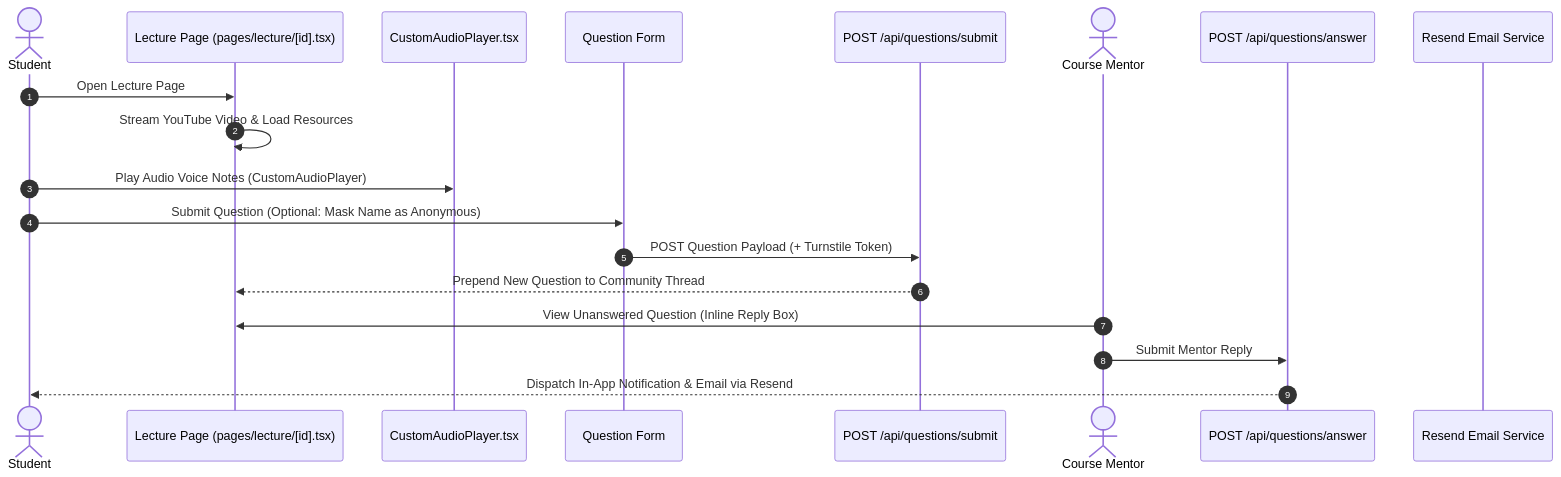
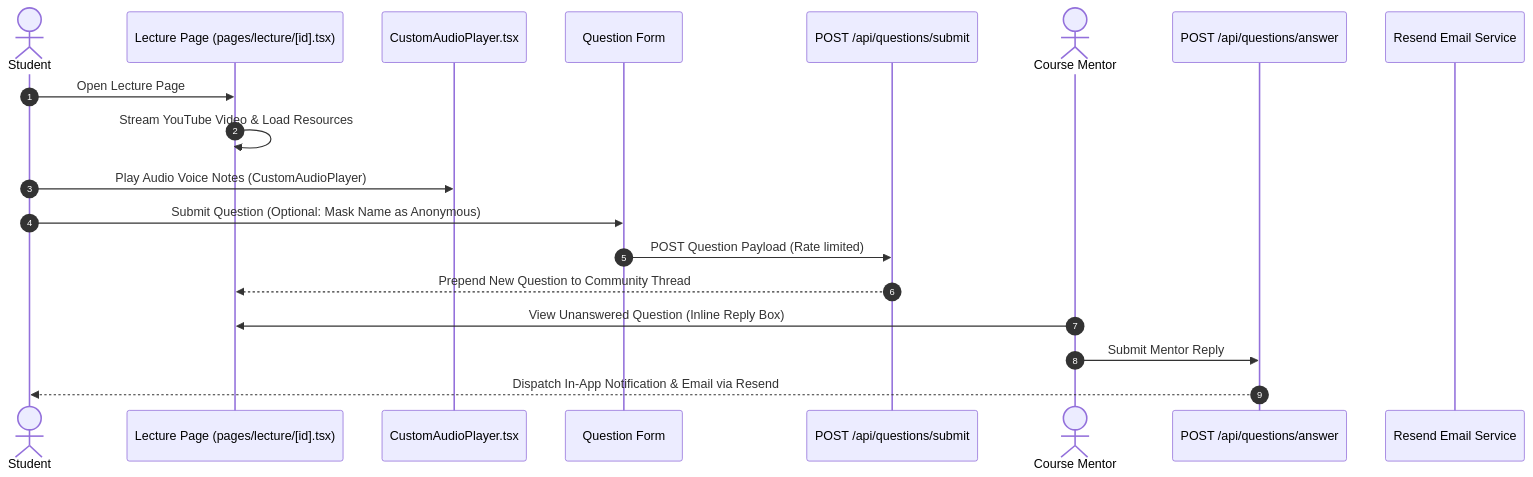
One commit to zdump-guy/PharmaCore changed the second of 3 diagrams in docs/UI/FLOWS.md. Above: the diagram before and after it, drawn with Mermaid. The commit also changed other lines of this file and 52 other files, not shown here.

````diff
--- a/docs/UI/FLOWS.md
+++ b/docs/UI/FLOWS.md
@@ -34,22 +34,22 @@
 ```mermaid
 sequenceDiagram
     autonumber
     actor Student as Student
     participant Lecture as Lecture Page (pages/lecture/[id].tsx)
     participant Audio as CustomAudioPlayer.tsx
     participant Form as Question Form
     participant API as POST /api/questions/submit
     actor Mentor as Course Mentor
     participant AnswerAPI as POST /api/questions/answer
     participant Resend as Resend Email Service
 
     Student->>Lecture: Open Lecture Page
     Lecture->>Lecture: Stream YouTube Video & Load Resources
     Student->>Audio: Play Audio Voice Notes (CustomAudioPlayer)
     Student->>Form: Submit Question (Optional: Mask Name as Anonymous)
-    Form->>API: POST Question Payload (+ Turnstile Token)
+    Form->>API: POST Question Payload (Rate limited)
     API-->>Lecture: Prepend New Question to Community Thread
     Mentor->>Lecture: View Unanswered Question (Inline Reply Box)
     Mentor->>AnswerAPI: Submit Mentor Reply
     AnswerAPI-->>Student: Dispatch In-App Notification & Email via Resend
 ```
````
